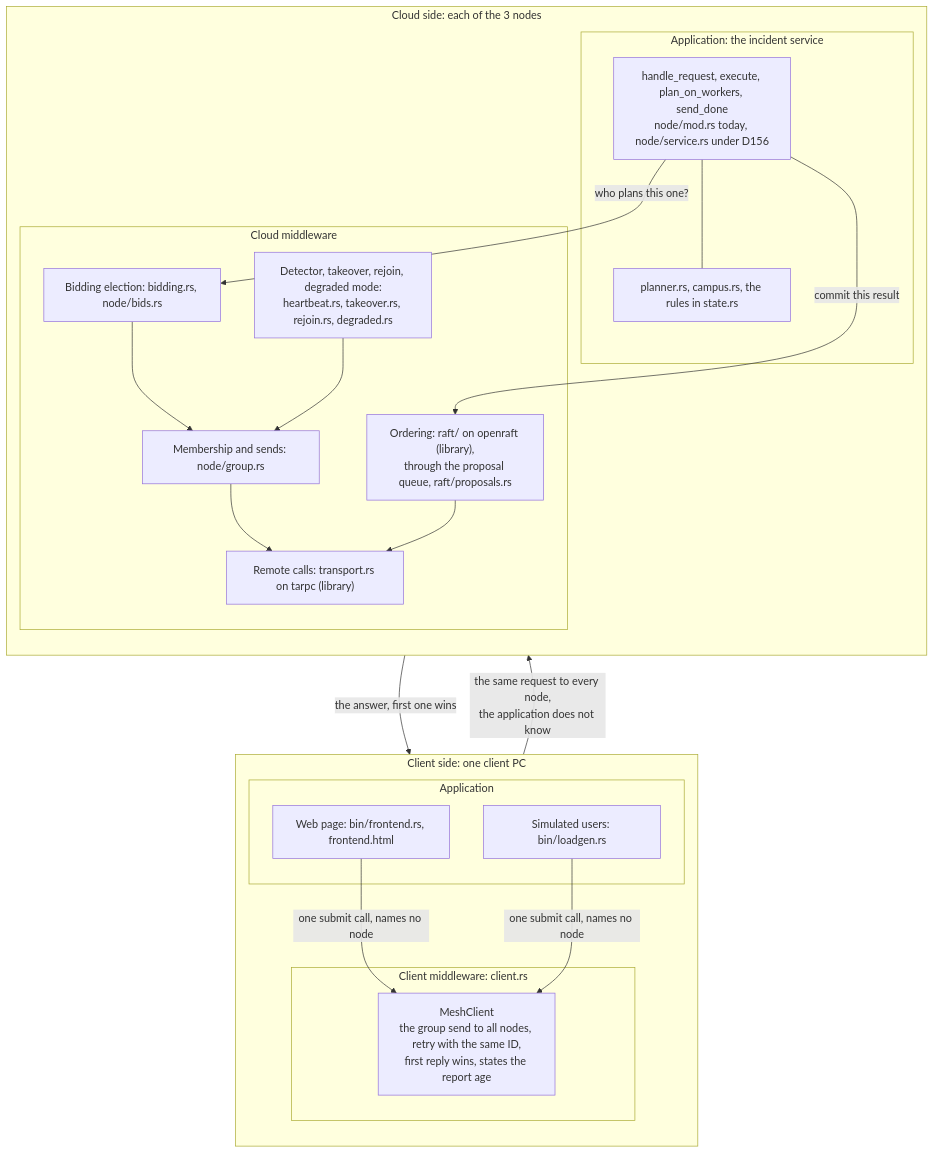
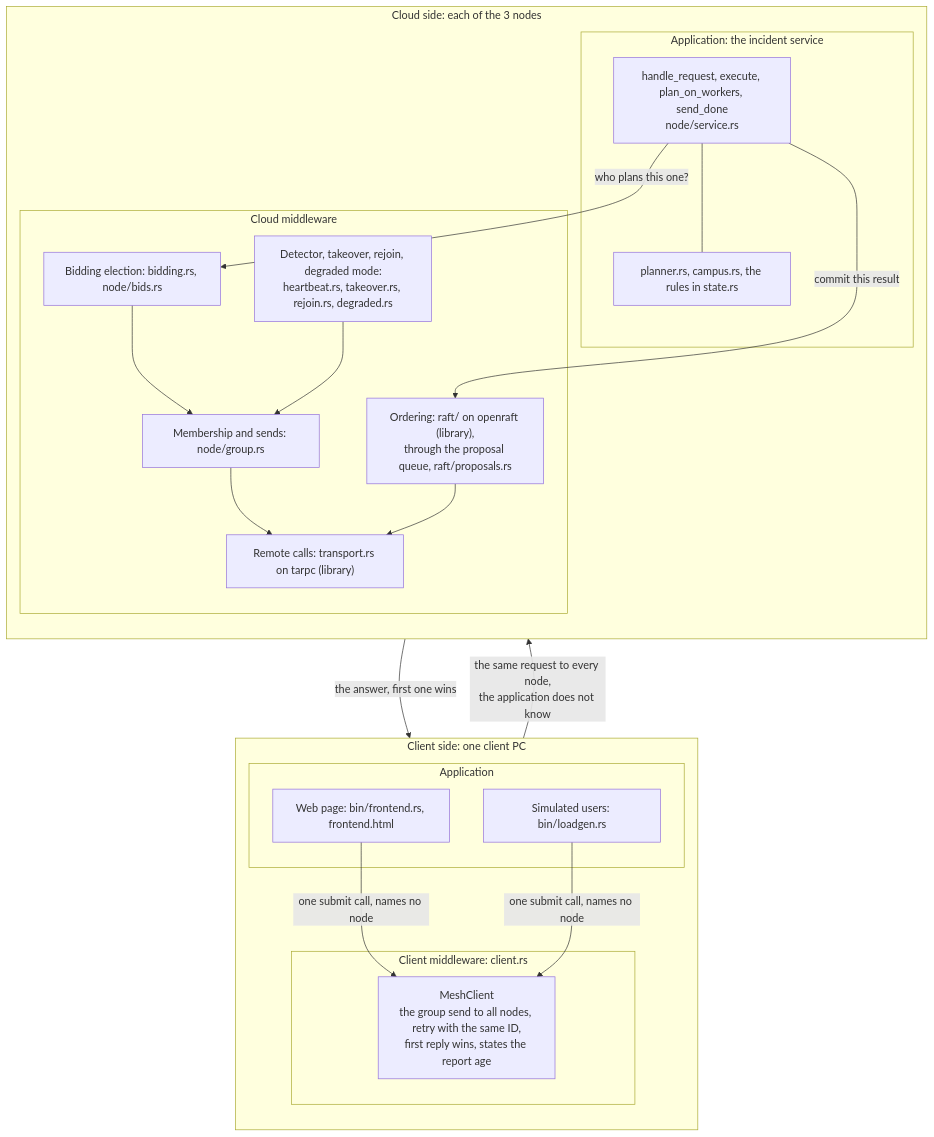
One commit to noortaytoy1/DistributedSystems changed the seventh of 47 diagrams in docs/architecture.md. Above: the diagram before and after it, drawn with Mermaid. The commit also changed other lines of this file and 4 other files, not shown here.

````diff
--- a/docs/architecture.md
+++ b/docs/architecture.md
@@ -404,38 +404,38 @@
 ```mermaid
 flowchart TB
     subgraph CLIENT["Client side: one client PC"]
         direction TB
         subgraph CAPP["Application"]
             WEB["Web page: bin/frontend.rs, frontend.html"]
             USERS["Simulated users: bin/loadgen.rs"]
         end
         subgraph CMW["Client middleware: client.rs"]
             MESH["MeshClient<br/>the group send to all nodes, retry with the same ID,<br/>first reply wins, states the report age"]
         end
         WEB -->|"one submit call, names no node"| MESH
         USERS -->|"one submit call, names no node"| MESH
     end
     subgraph NODE["Cloud side: each of the 3 nodes"]
         direction TB
         subgraph NAPP["Application: the incident service"]
-            SVC["handle_request, execute, plan_on_workers, send_done<br/>node/mod.rs today, node/service.rs under D156"]
+            SVC["handle_request, execute, plan_on_workers, send_done<br/>node/service.rs"]
             RULES["planner.rs, campus.rs, the rules in state.rs"]
         end
         subgraph NMW["Cloud middleware"]
             ELECT["Bidding election: bidding.rs, node/bids.rs"]
             GROUPM["Membership and sends: node/group.rs"]
             FAIL["Detector, takeover, rejoin, degraded mode:<br/>heartbeat.rs, takeover.rs, rejoin.rs, degraded.rs"]
             RPC["Remote calls: transport.rs on tarpc (library)"]
             ORDER["Ordering: raft/ on openraft (library),<br/>through the proposal queue, raft/proposals.rs"]
         end
         SVC -->|"who plans this one?"| ELECT
         SVC -->|"commit this result"| ORDER
         ELECT --> GROUPM
         FAIL --> GROUPM
         GROUPM --> RPC
         ORDER --> RPC
         SVC --- RULES
     end
     MESH -->|"the same request to every node,<br/>the application does not know"| SVC
     SVC -->|"the answer, first one wins"| MESH
 ```
````
